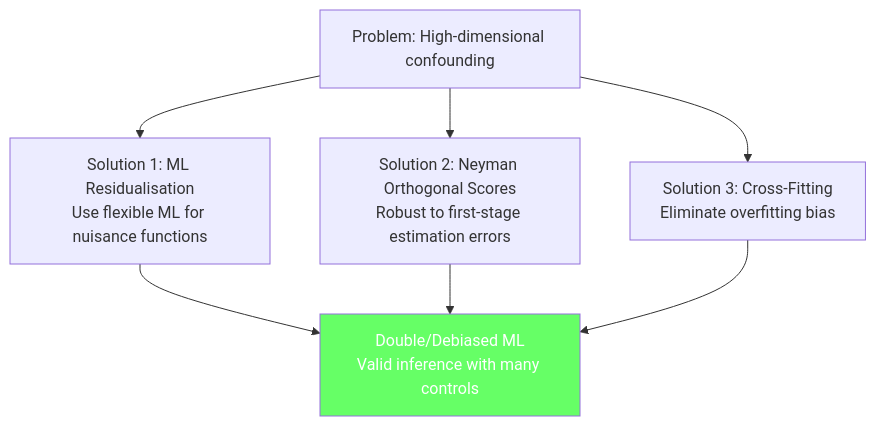
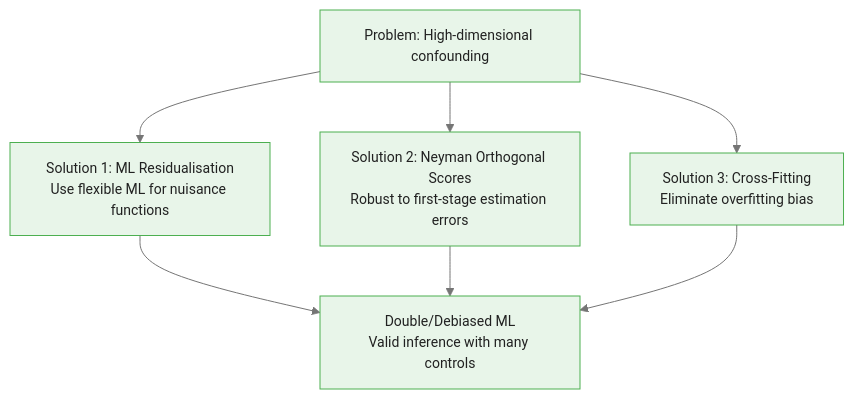
Before and after one commit to m-deane/course-creator: the third of 4 diagrams in courses/double-machine-learning/modules/module_00_foundations/guides/01_causal_inference_problem_slides.md, drawn with Mermaid. The commit also changed other lines of this file and 40 other files, not shown here.

````diff
--- a/courses/double-machine-learning/modules/module_00_foundations/guides/01_causal_inference_problem_slides.md
+++ b/courses/double-machine-learning/modules/module_00_foundations/guides/01_causal_inference_problem_slides.md
@@ -278,10 +294,10 @@
 ```mermaid
+%%{init: {"theme": "base", "themeVariables": {"primaryColor": "#e8f5e9", "primaryBorderColor": "#4caf50", "primaryTextColor": "#212121", "secondaryColor": "#e3f2fd", "tertiaryColor": "#fff8e1", "lineColor": "#757575", "fontFamily": "Inter, sans-serif", "fontSize": "14px"}}}%%
 flowchart TD
     P["Problem: High-dimensional confounding"] --> S1["Solution 1: ML Residualisation<br/>Use flexible ML for nuisance functions"]
     P --> S2["Solution 2: Neyman Orthogonal Scores<br/>Robust to first-stage estimation errors"]
     P --> S3["Solution 3: Cross-Fitting<br/>Eliminate overfitting bias"]
     S1 --> DML["Double/Debiased ML<br/>Valid inference with many controls"]
     S2 --> DML
     S3 --> DML
-    style DML fill:#6f6,color:#fff
 ```
````
